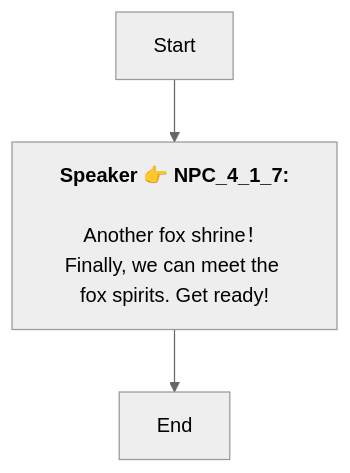
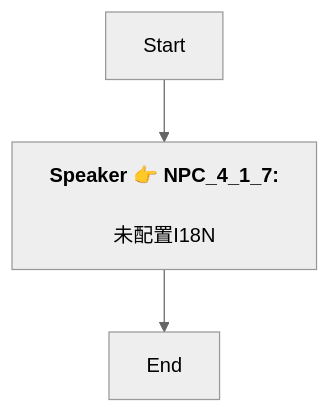
Before and after one commit to SoftHu/tos_avg: the diagram in En/QuestApproachDialogNode_1773669954299164.md, drawn with Mermaid (neutral theme). The commit also changed 730 other files, not shown here.

````diff
--- a/En/QuestApproachDialogNode_1773669954299164.md
+++ b/En/QuestApproachDialogNode_1773669954299164.md
@@ -1,8 +1,7 @@
 ```mermaid
 graph
 Start -->1773672914670905[<b>Speaker 👉 NPC_4_1_7:</b>
-\nAnother fox shrine！
-Finally, we can meet the fox spirits. Get ready!]
+\n未配置I18N]
 1773672914670905 -->1773670104201504[End]
 
 ```
````
